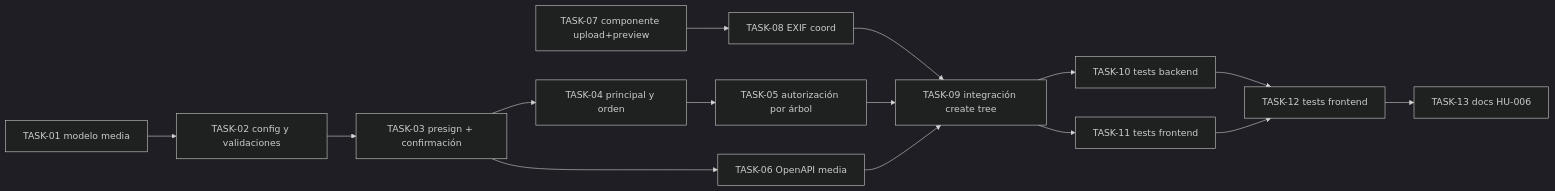
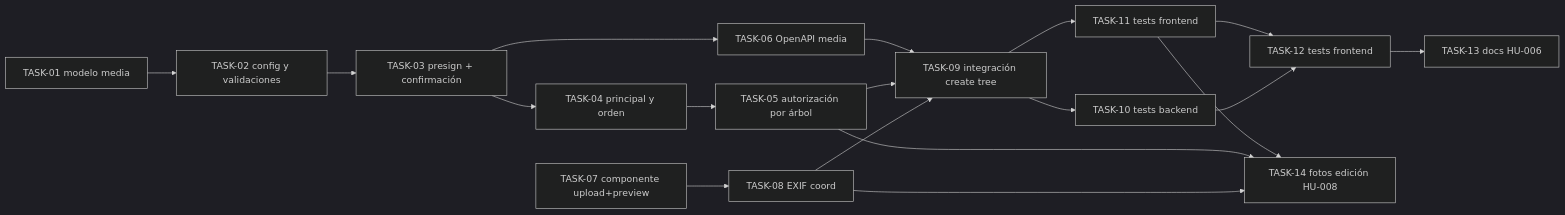
One commit to LIDR-academy/AI4Devs-finalproject changed the diagram in docs/backlog/HU-006-ticket-breakdown.md. Above: the diagram before and after it, drawn with Mermaid (dark theme). The commit also changed other lines of this file and 102 other files, not shown here.

````diff
--- a/docs/backlog/HU-006-ticket-breakdown.md
+++ b/docs/backlog/HU-006-ticket-breakdown.md
@@ -35,17 +36,20 @@
 ```mermaid
 flowchart LR
   T01[TASK-01 modelo media] --> T02[TASK-02 config y validaciones]
   T02 --> T03[TASK-03 presign + confirmación]
   T03 --> T04[TASK-04 principal y orden]
   T04 --> T05[TASK-05 autorización por árbol]
   T03 --> T06[TASK-06 OpenAPI media]
   T07[TASK-07 componente upload+preview] --> T08[TASK-08 EXIF coord]
   T08 --> T09[TASK-09 integración create tree]
   T05 --> T09
   T06 --> T09
   T09 --> T10[TASK-10 tests backend]
   T09 --> T11[TASK-11 tests frontend]
   T10 --> T12[TASK-12 tests frontend]
   T11 --> T12
   T12 --> T13[TASK-13 docs HU-006]
+  T08 --> T14[TASK-14 fotos edición HU-008]
+  T05 --> T14
+  T11 --> T14
 ```
````
